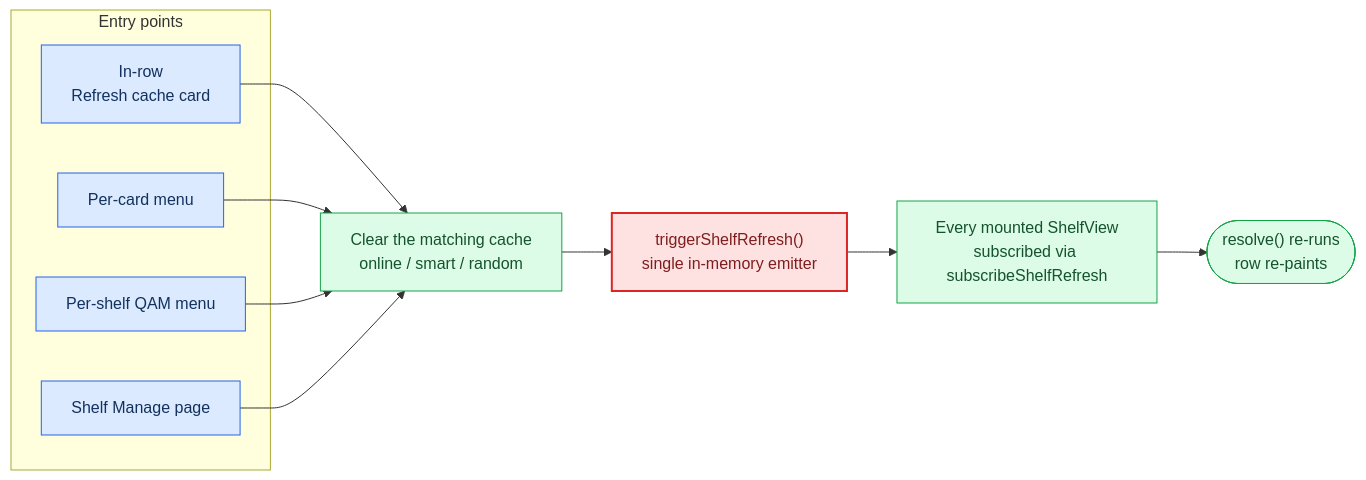
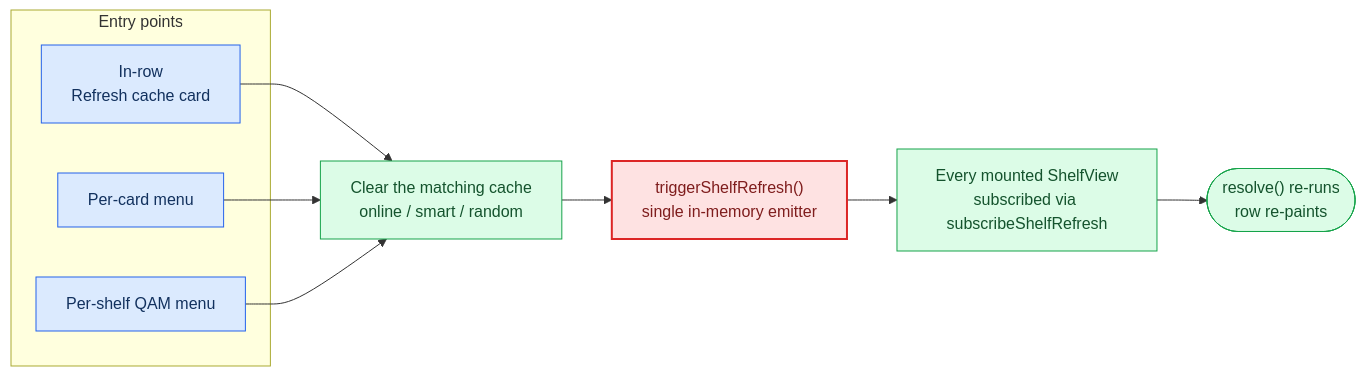
One commit to santojon/Deck-Shelves changed the diagram in docs/online-shelves.md. Above: the diagram before and after it, drawn with Mermaid. The commit also changed other lines of this file and 701 other files, not shown here.

````diff
--- a/docs/online-shelves.md
+++ b/docs/online-shelves.md
@@ -100,30 +100,28 @@
 ```mermaid
 flowchart LR
     subgraph entry["Entry points"]
         card["In-row<br/>Refresh cache card"]
         cardmenu["Per-card menu"]
         qammenu["Per-shelf QAM menu"]
-        manage["Shelf Manage page"]
     end
 
     clear["Clear the matching cache<br/>online / smart / random"]
     emit["triggerShelfRefresh()<br/>single in-memory emitter"]
     subs["Every mounted ShelfView<br/>subscribed via subscribeShelfRefresh"]
     repaint(["resolve() re-runs<br/>row re-paints"])
 
     card --> clear
     cardmenu --> clear
     qammenu --> clear
-    manage --> clear
     clear --> emit
     emit --> subs
     subs --> repaint
 
     classDef ui fill:#dbeafe,stroke:#2563eb,color:#12315e
     classDef step fill:#dcfce7,stroke:#16a34a,color:#14532d
     classDef hot fill:#fee2e2,stroke:#dc2626,stroke-width:2px,color:#7f1d1d
-    class card,cardmenu,qammenu,manage ui
+    class card,cardmenu,qammenu ui
     class clear,subs step
     class emit hot
     class repaint step
 ```
````
